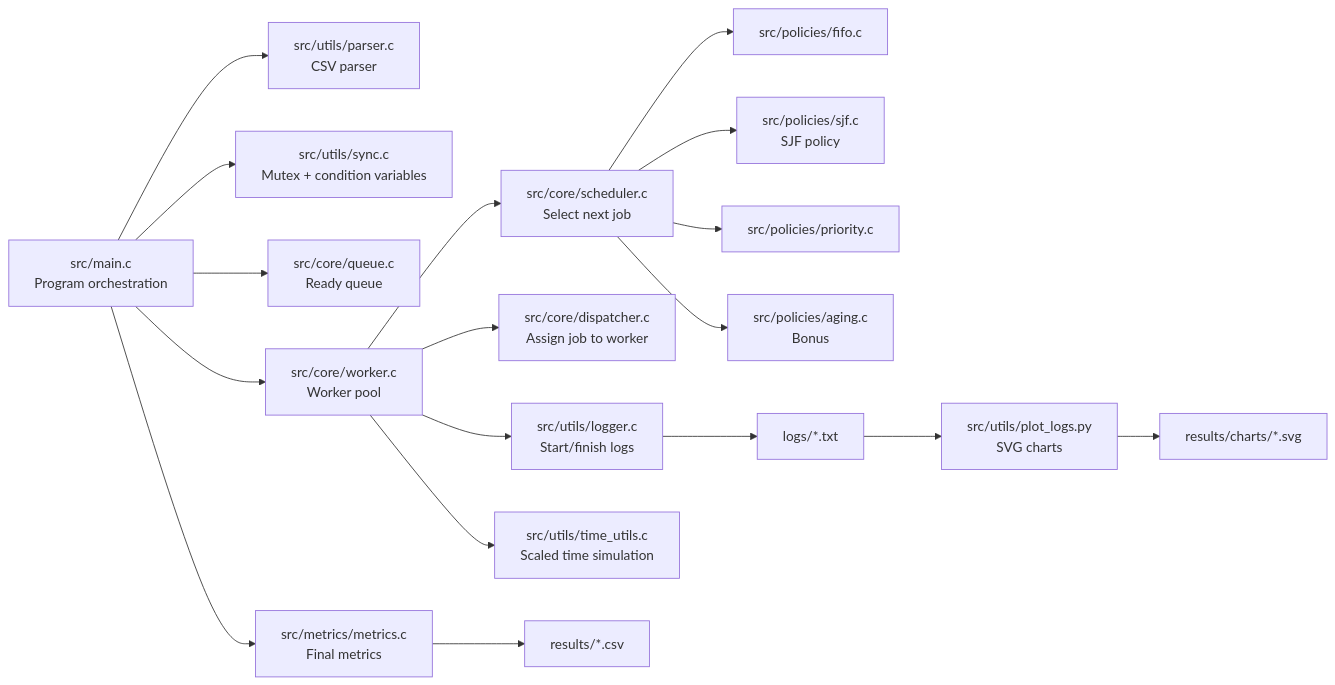
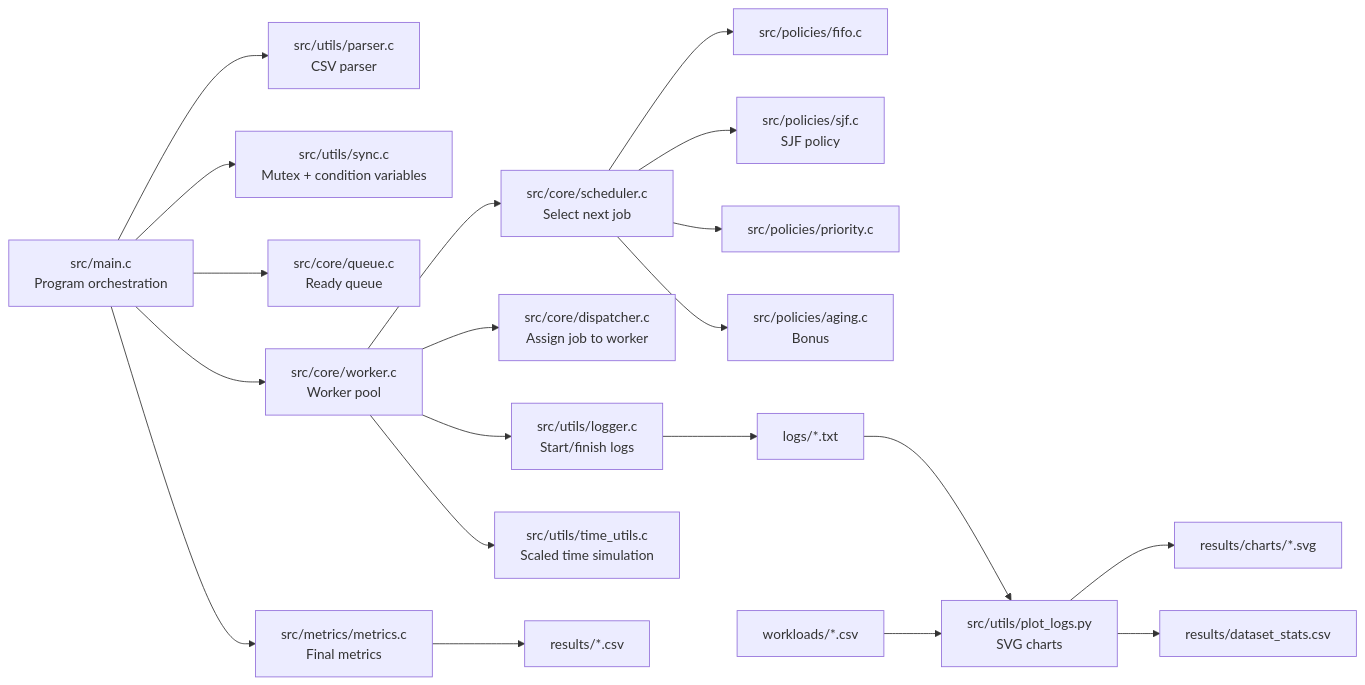
Before and after one commit to 5vibecoderhcmut/week_4_lab_OS: the second of 5 diagrams in docs/project_workflow.md, drawn with Mermaid. The commit also changed other lines of this file and 11 other files, not shown here.

Commit message:
Add workload dataset statistics charts

````diff
--- a/docs/project_workflow.md
+++ b/docs/project_workflow.md
@@ -41,23 +41,25 @@
 ```mermaid
 flowchart LR
     CLI["src/main.c<br/>Program orchestration"] --> Parser["src/utils/parser.c<br/>CSV parser"]
     CLI --> Sync["src/utils/sync.c<br/>Mutex + condition variables"]
     CLI --> Queue["src/core/queue.c<br/>Ready queue"]
     CLI --> Worker["src/core/worker.c<br/>Worker pool"]
     CLI --> Metrics["src/metrics/metrics.c<br/>Final metrics"]
 
     Worker --> Scheduler["src/core/scheduler.c<br/>Select next job"]
     Worker --> Dispatcher["src/core/dispatcher.c<br/>Assign job to worker"]
     Worker --> Logger["src/utils/logger.c<br/>Start/finish logs"]
     Worker --> Time["src/utils/time_utils.c<br/>Scaled time simulation"]
 
     Scheduler --> FIFO["src/policies/fifo.c"]
     Scheduler --> SJF["src/policies/sjf.c<br/>SJF policy"]
     Scheduler --> Priority["src/policies/priority.c"]
     Scheduler --> Aging["src/policies/aging.c<br/>Bonus"]
 
     Logger --> Logs["logs/*.txt"]
     Metrics --> Summary["results/*.csv"]
     Logs --> Charts["src/utils/plot_logs.py<br/>SVG charts"]
+    Workloads["workloads/*.csv"] --> Charts
     Charts --> ChartOut["results/charts/*.svg"]
+    Charts --> DatasetStats["results/dataset_stats.csv"]
 ```
````
